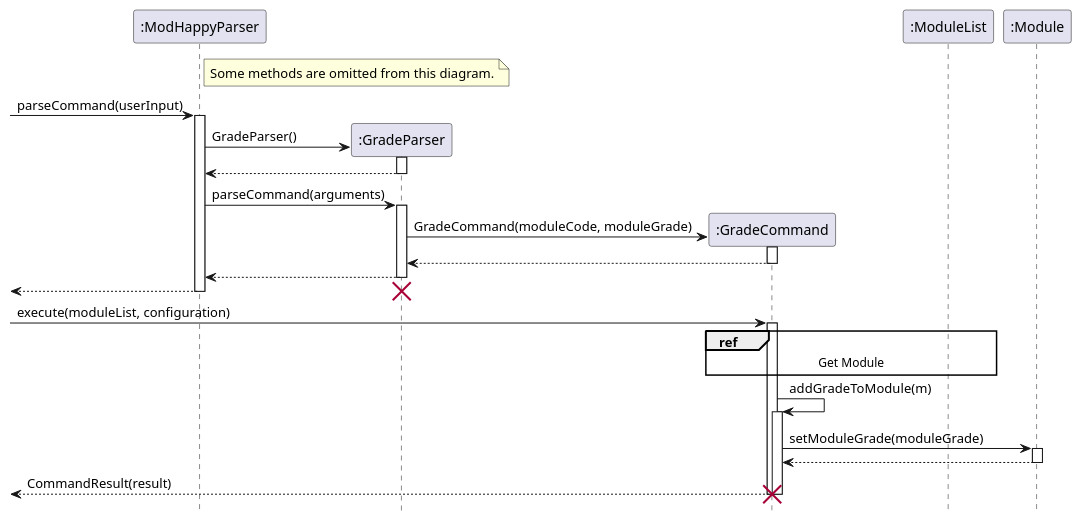
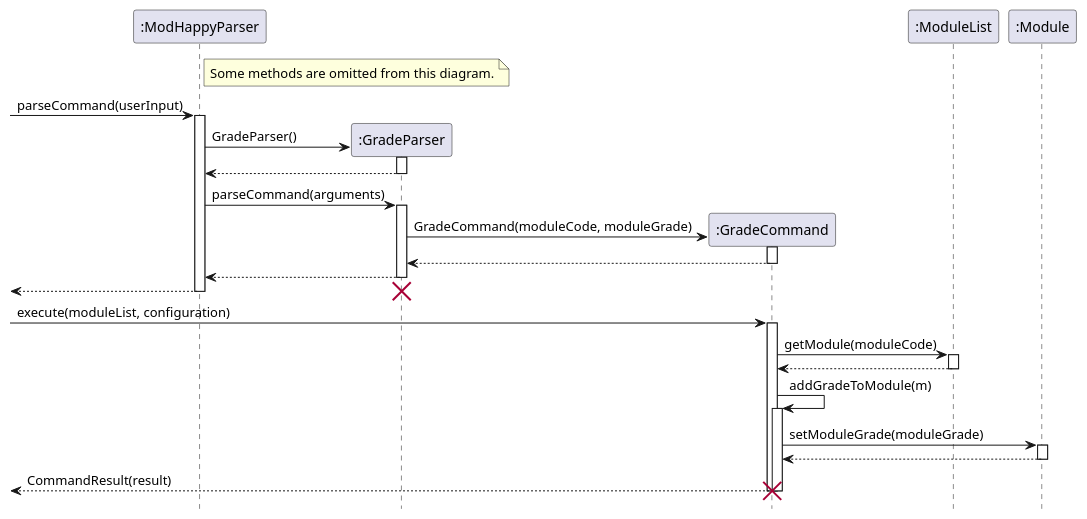
The diagram in docs/SequenceDiagrams/Grade.puml (nus-cs2113-AY2122S2/tp), drawn with PlantUML before and after one commit. The commit also changed 4 other files, not shown here.

Commit message:
Added Seq Diagrams

```diff
--- a/docs/SequenceDiagrams/Grade.puml
+++ b/docs/SequenceDiagrams/Grade.puml
@@ -1,49 +1,52 @@
 @startuml
 'https://plantuml.com/sequence-diagram
 
 skinparam shadowing false
 participant ":ModHappyParser" as ModHappyParser
 participant ":GradeParser" as GradeParser
 participant ":GradeCommand" as GradeCommand
 participant ":ModuleList" as ModuleList
 participant ":Module" as Module
 hide footbox
 
 note right of ModHappyParser
 Some methods are omitted from this diagram.
 end note
 
 [->ModHappyParser:parseCommand(userInput)
 activate ModHappyParser
 create GradeParser
 ModHappyParser -> GradeParser: GradeParser()
 activate GradeParser
 return
 
 ModHappyParser -> GradeParser: parseCommand(arguments)
 activate GradeParser
 create GradeCommand
 GradeParser -> GradeCommand: GradeCommand(moduleCode, moduleGrade)
 activate GradeCommand
 return
 return
 return
 
 destroy GradeParser
 
 [->GradeCommand:execute(moduleList, configuration)
 activate GradeCommand
-ref over GradeCommand, ModuleList: Get Module
+GradeCommand -> ModuleList: getModule(moduleCode)
+activate ModuleList
+return
+
 GradeCommand -> GradeCommand: addGradeToModule(m)
 activate GradeCommand
 GradeCommand -> Module: setModuleGrade(moduleGrade)
 activate Module
 return
 deactivate Module
 return CommandResult(result)
 deactivate GradeCommand
 
 destroy GradeCommand
 
 
 @enduml
```
